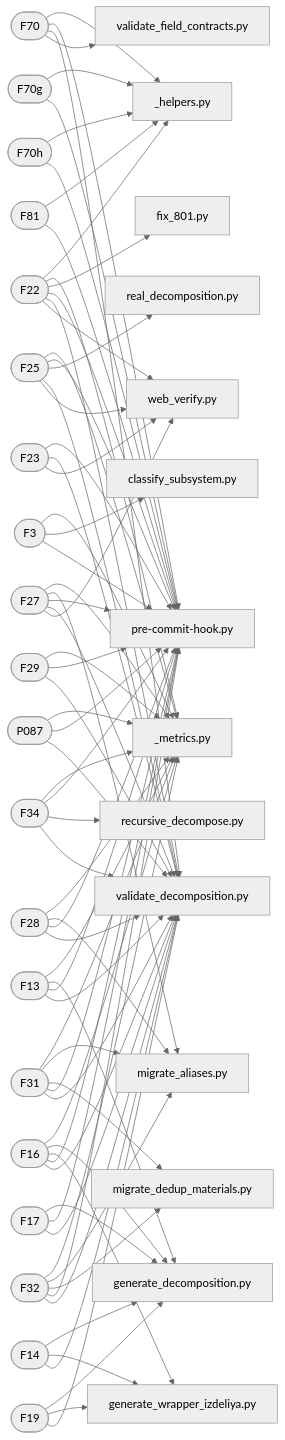
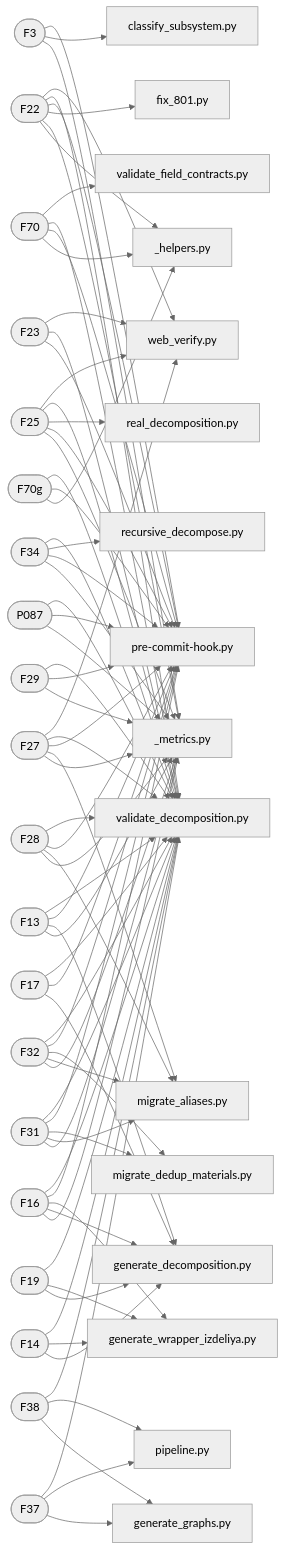
One commit to a-m-e-n-t-e-t/SkyNet changed the diagram in graphs/mermaid/graph3_traceability.md. Above: the diagram before and after it, drawn with Mermaid (neutral theme). The commit also changed other lines of this file and 6 other files, not shown here.

````diff
--- a/graphs/mermaid/graph3_traceability.md
+++ b/graphs/mermaid/graph3_traceability.md
@@ -106,6 +106,13 @@
     F34 --> script_recursive_decompose_py
     script_validate_decomposition_py[validate_decomposition.py]
     F34 --> script_validate_decomposition_py
+    F70g([F70g])
+    script__helpers_py[_helpers.py]
+    F70g --> script__helpers_py
+    script_pre-commit-hook_py[pre-commit-hook.py]
+    F70g --> script_pre-commit-hook_py
+    script_validate_decomposition_py[validate_decomposition.py]
+    F70g --> script_validate_decomposition_py
     F29([F29])
     script__metrics_py[_metrics.py]
     F29 --> script__metrics_py
@@ -155,19 +162,18 @@
     F23 --> script_validate_decomposition_py
     script_web_verify_py[web_verify.py]
     F23 --> script_web_verify_py
-    F70g([F70g])
-    script__helpers_py[_helpers.py]
-    F70g --> script__helpers_py
-    script_pre-commit-hook_py[pre-commit-hook.py]
-    F70g --> script_pre-commit-hook_py
-    F70h([F70h])
-    script__helpers_py[_helpers.py]
-    F70h --> script__helpers_py
-    script_pre-commit-hook_py[pre-commit-hook.py]
-    F70h --> script_pre-commit-hook_py
-    F81([F81])
-    script__helpers_py[_helpers.py]
-    F81 --> script__helpers_py
-    script_pre-commit-hook_py[pre-commit-hook.py]
-    F81 --> script_pre-commit-hook_py
+    F37([F37])
+    script_generate_graphs_py[generate_graphs.py]
+    F37 --> script_generate_graphs_py
+    script_pipeline_py[pipeline.py]
+    F37 --> script_pipeline_py
+    script_validate_decomposition_py[validate_decomposition.py]
+    F37 --> script_validate_decomposition_py
+    F38([F38])
+    script_generate_graphs_py[generate_graphs.py]
+    F38 --> script_generate_graphs_py
+    script_pipeline_py[pipeline.py]
+    F38 --> script_pipeline_py
+    script_validate_decomposition_py[validate_decomposition.py]
+    F38 --> script_validate_decomposition_py
 ```
````
